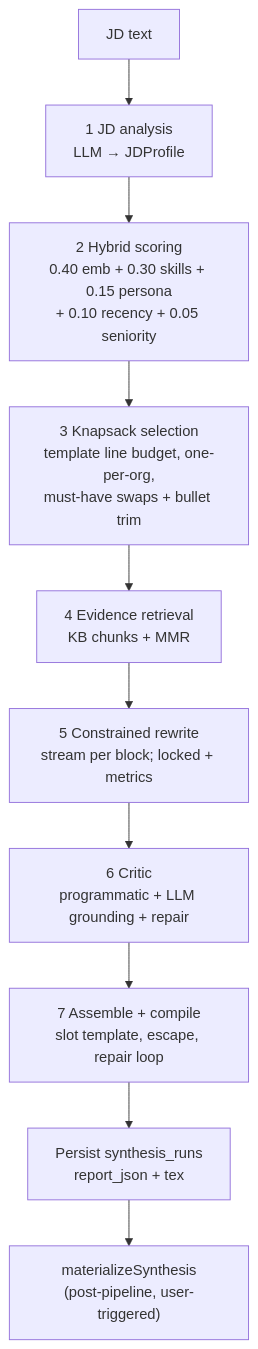
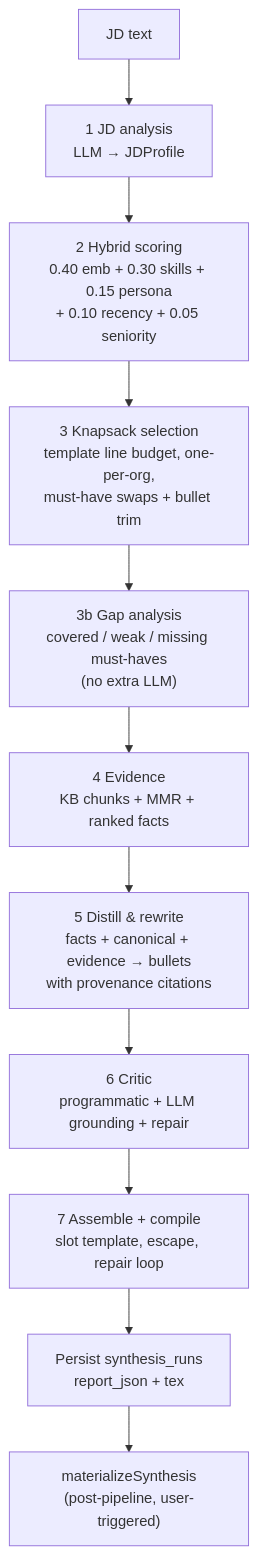
One commit to bharathvbcr/DevPrism changed the second of 2 diagrams in docs/CAREER_PLATFORM_DESIGN.md. Above: the diagram before and after it, drawn with Mermaid. The commit also changed other lines of this file and 125 other files, not shown here.

First line of the commit message:
feat: deepen resume synthesis with preflight, gap analysis, and pipeline UX

````diff
--- a/docs/CAREER_PLATFORM_DESIGN.md
+++ b/docs/CAREER_PLATFORM_DESIGN.md
@@ -248,12 +284,13 @@
 ```mermaid
 flowchart TD
   JD[JD text] --> A["1 JD analysis\nLLM → JDProfile"]
   A --> S["2 Hybrid scoring\n0.40 emb + 0.30 skills + 0.15 persona\n+ 0.10 recency + 0.05 seniority"]
   S --> K["3 Knapsack selection\ntemplate line budget, one-per-org,\nmust-have swaps + bullet trim"]
-  K --> Ev["4 Evidence retrieval\nKB chunks + MMR"]
-  Ev --> R["5 Constrained rewrite\nstream per block; locked + metrics"]
+  K --> G["3b Gap analysis\ncovered / weak / missing must-haves\n(no extra LLM)"]
+  G --> Ev["4 Evidence\nKB chunks + MMR + ranked facts"]
+  Ev --> R["5 Distill & rewrite\nfacts + canonical + evidence → bullets\nwith provenance citations"]
   R --> C["6 Critic\nprogrammatic + LLM grounding + repair"]
   C --> T["7 Assemble + compile\nslot template, escape, repair loop"]
   T --> Persist["Persist synthesis_runs\nreport_json + tex"]
   Persist --> M["materializeSynthesis\n(post-pipeline, user-triggered)"]
 ```
````
